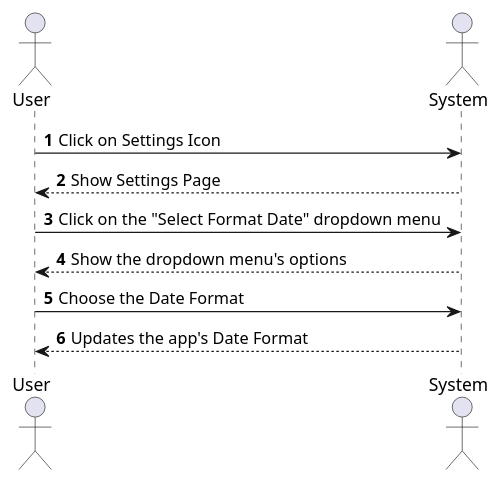
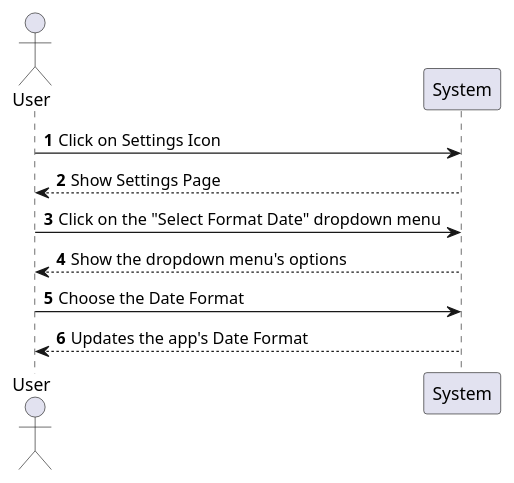
The diagram in UMLs/UC_SSD/uml/UCSS2_UCSSD.puml (VitorHTeixeira/DSSMV_ProjectDroid_1232067_1241131_1241008), drawn with PlantUML before and after one commit. The commit also changed 3 other files, not shown here.

```diff
--- a/UMLs/UC_SSD/uml/UCSS2_UCSSD.puml
+++ b/UMLs/UC_SSD/uml/UCSS2_UCSSD.puml
@@ -1,18 +1,18 @@
 @startuml
 'https://plantuml.com/sequence-diagram
 
 autonumber
 
 Actor "User" as user
-Actor "System" as sys
+participant "System" as sys
 
 user -> sys : Click on Settings Icon
 user <-- sys : Show Settings Page
 
 user -> sys : Click on the "Select Format Date" dropdown menu
 user <-- sys : Show the dropdown menu's options
 
 user -> sys : Choose the Date Format
 user <-- sys : Updates the app's Date Format
 
 @enduml
```
